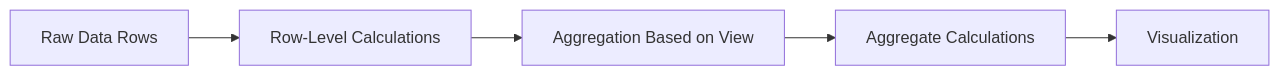
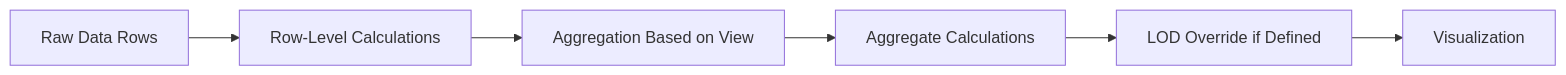
Before and after one commit to hovhannisyan91/aca: the fourth of 7 diagrams in materials/tableau/session2.qmd, drawn with Mermaid. The commit also changed other lines of this file and 1 other file, not shown here.

````diff
--- a/materials/tableau/session2.qmd
+++ b/materials/tableau/session2.qmd
@@ -1281,7 +1324,8 @@
 ```{mermaid}
 flowchart LR
 A[Raw Data Rows] --> B[Row-Level Calculations]
 B --> C[Aggregation Based on View]
 C --> D[Aggregate Calculations]
-D --> E[Visualization]
+D --> E[LOD Override if Defined]
+E --> F[Visualization]
 ```
````
